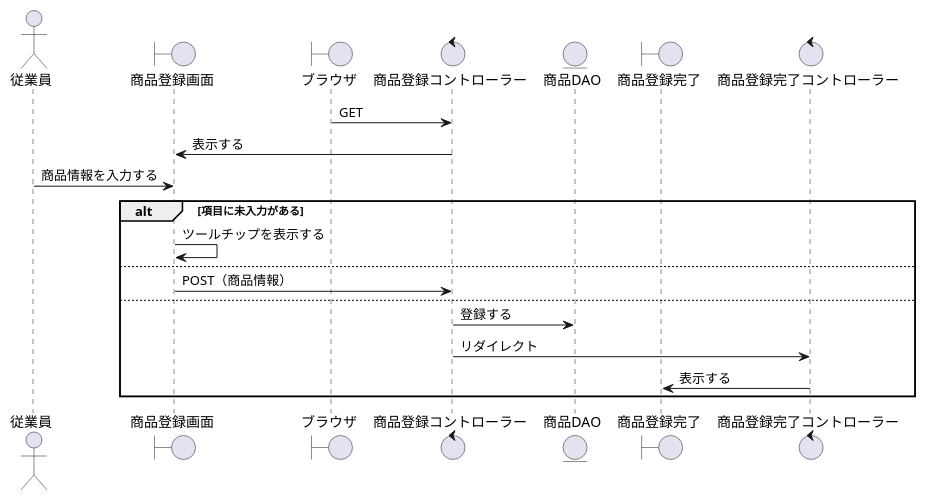
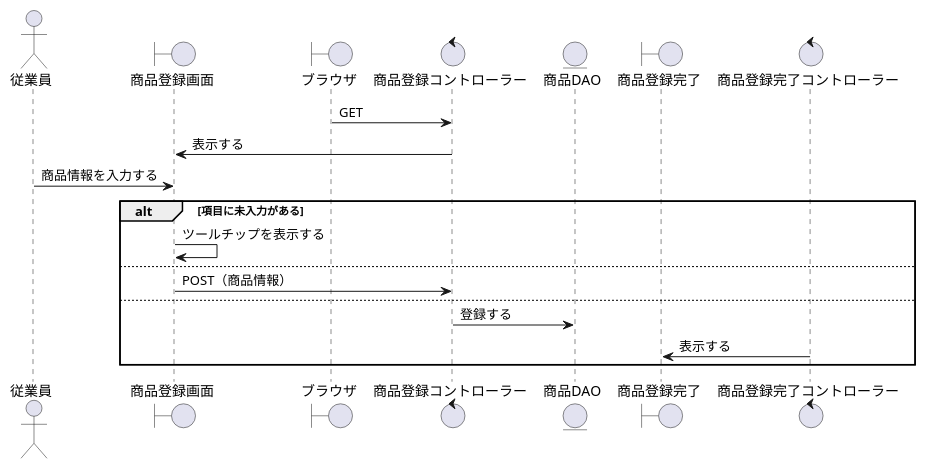
Before and after one commit to ysyk-wtnb16/team_D: the diagram in BBショップ/商品登録.wsd, drawn with PlantUML.

```diff
--- a/BBショップ/商品登録.wsd
+++ b/BBショップ/商品登録.wsd
@@ -1,31 +1,23 @@
 @startuml syouhin_touroku
 actor "従業員" as act
 boundary "商品登録画面" as stb
 boundary "ブラウザ" as brz
-
 control "商品登録コントローラー" as stc
-
 entity "商品DAO" as product
-
 boundary "商品登録完了" as skb
 control "商品登録完了コントローラー" as skc
 
 brz -> stc: GET
-
 stb <- stc: 表示する
-
 act -> stb: 商品情報を入力する
-
 alt 項目に未入力がある
     
     stb -> stb: ツールチップを表示する
 else
     stb -> stc: POST（商品情報）
 
     else
         stc -> product: 登録する
-
-        stc -> skc: リダイレクト
         skb <- skc: 表示する
 end
 @enduml
```
